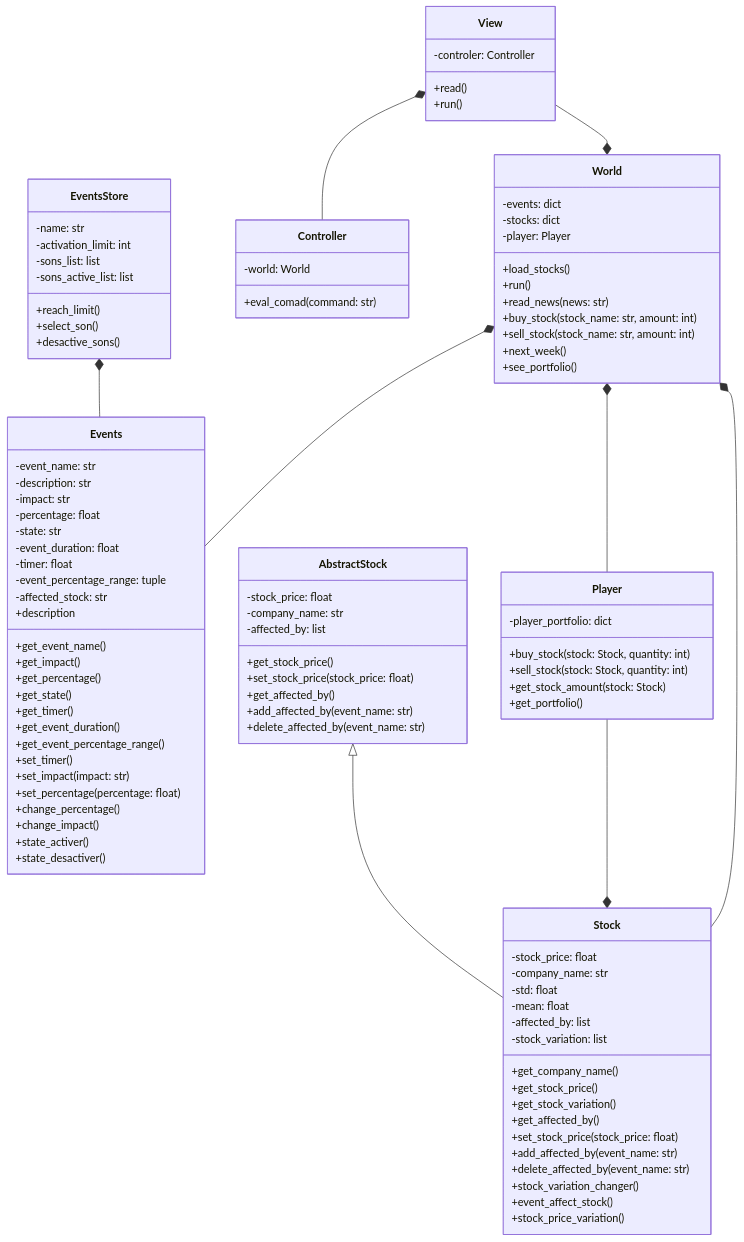
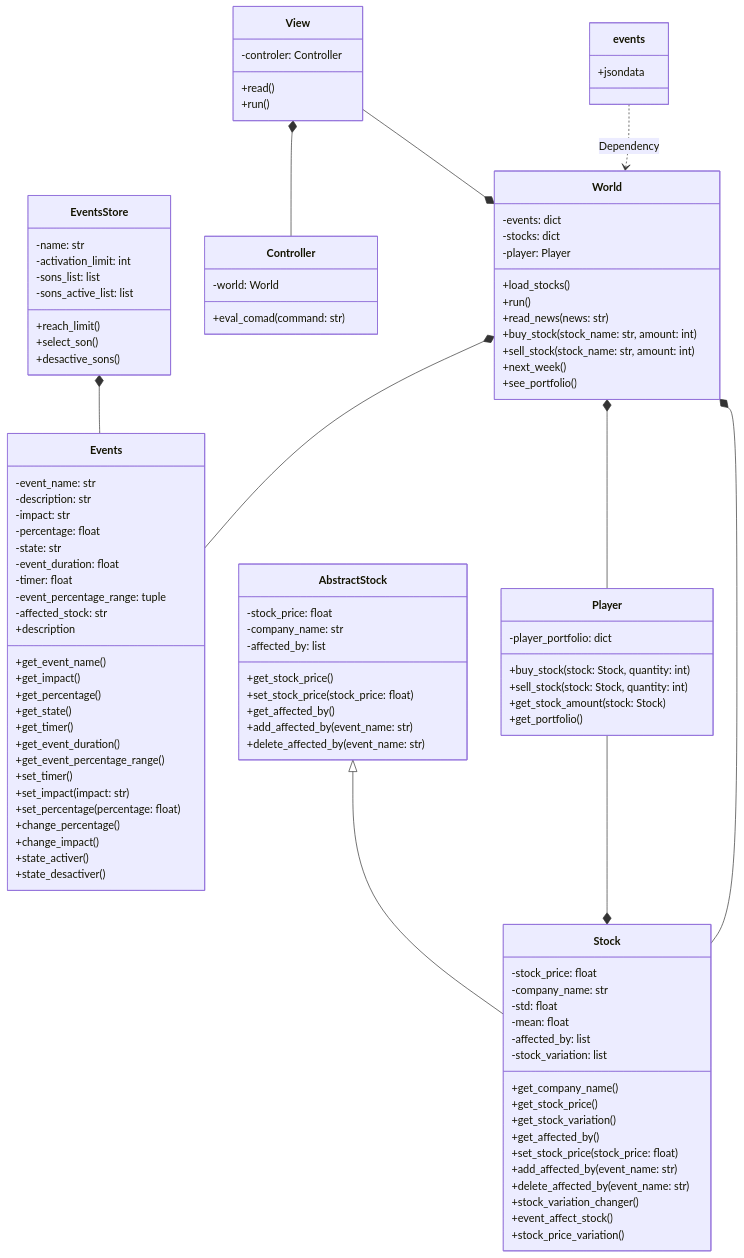
Before and after one commit to barret50cal3011/Funds-Amentals: the diagram in README.md, drawn with Mermaid.

````diff
--- a/README.md
+++ b/README.md
@@ -16,5 +16,8 @@
 ```mermaid
 classDiagram
+    class events{
+        +jsondata
+    }
     class Events {
         -event_name: str
         -description: str
@@ -122,5 +125,6 @@
     World *-- Events
     World *-- Stock
     World *-- Player
+    events ..> World : Dependency
 
 ```
````
